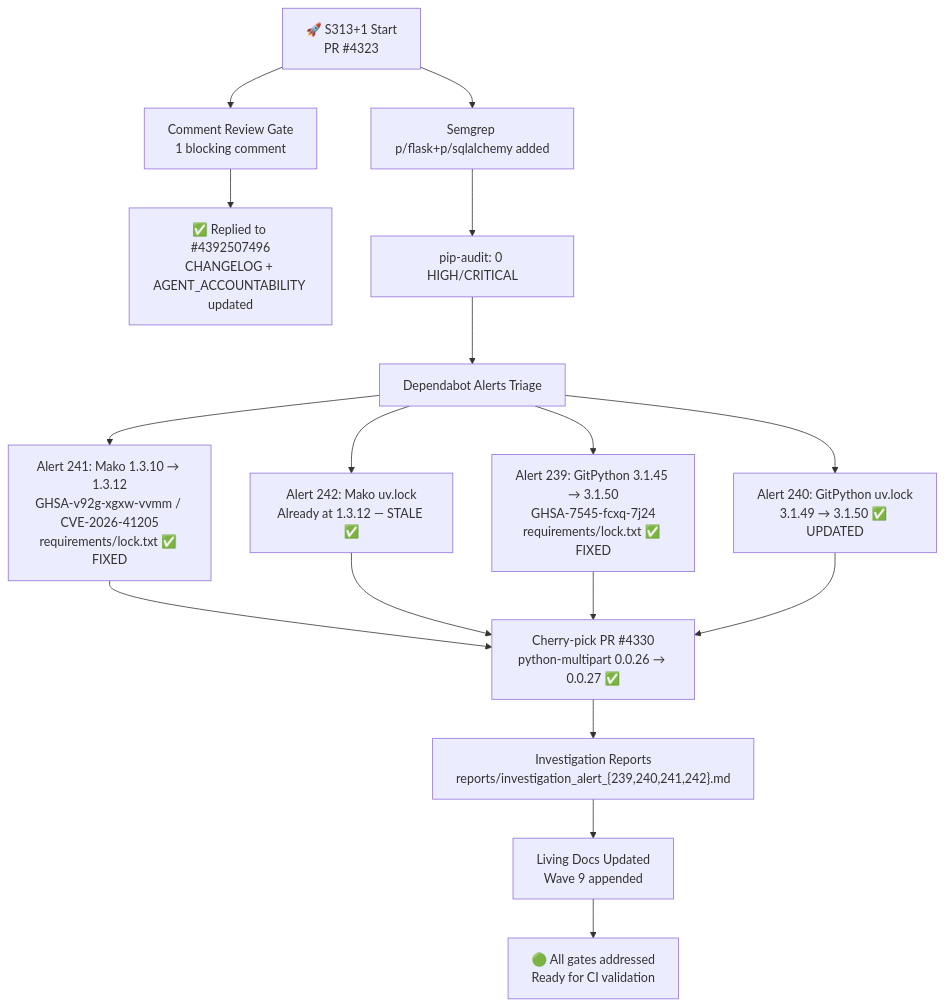
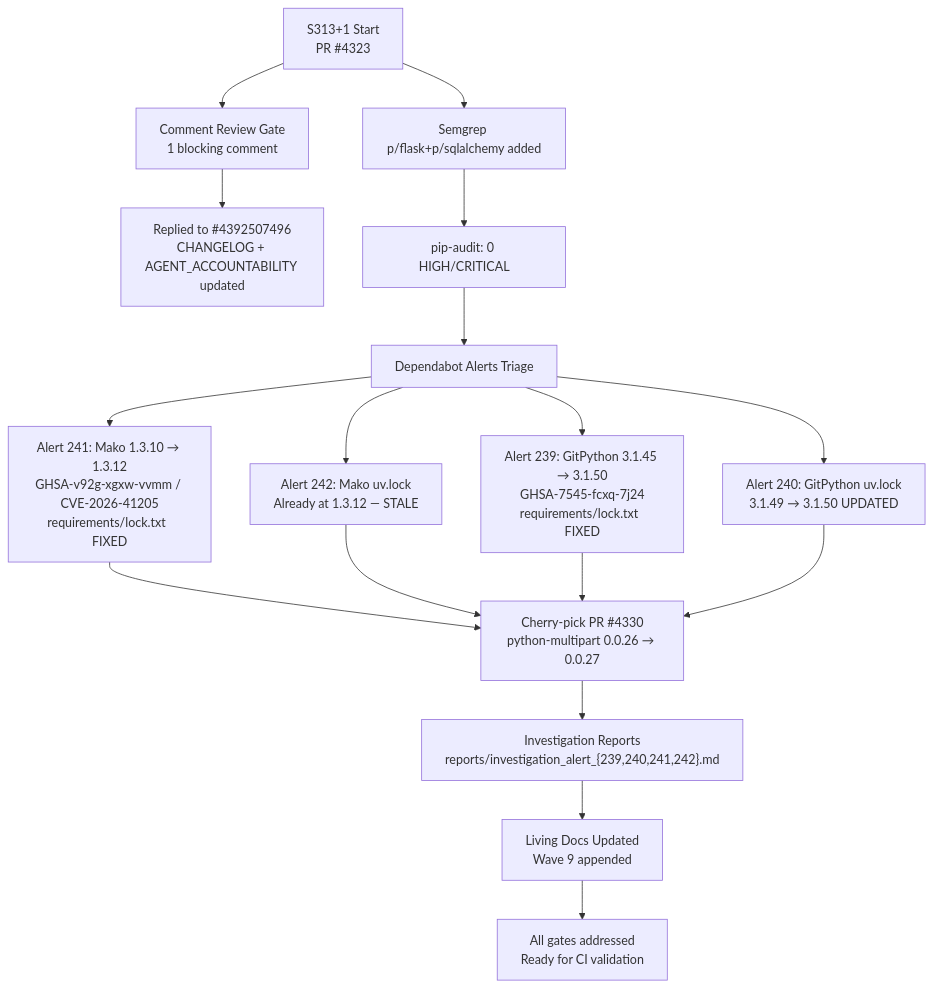
One commit to Aries-Serpent/_codex_ changed diagram 24 of 26 in docs/sessions/PR4317_session_diagram.md. Above: the diagram before and after it, drawn with Mermaid. The commit also changed other lines of this file and 2029 other files, not shown here.

````diff
--- a/docs/sessions/PR4317_session_diagram.md
+++ b/docs/sessions/PR4317_session_diagram.md
@@ -840,17 +842,17 @@
 ```mermaid
-%%{init: {'accessibility': {'title': 'Flowchart showing "🚀 S313+1 Start\nPR #4323", "Semgrep p/flask+p/sqlalchemy added"'}}%%
+%%{init: {'accessibility': {'title': 'Flowchart showing " S313+1 Start\nPR #4323", "Semgrep p/flask+p/sqlalchemy added"'}}%%
 flowchart TD
-    A["🚀 S313+1 Start\nPR #4323"] --> B["Semgrep p/flask+p/sqlalchemy added"]
+    A[" S313+1 Start\nPR #4323"] --> B["Semgrep p/flask+p/sqlalchemy added"]
     A --> C["Comment Review Gate\n1 blocking comment"]
-    C --> C1["✅ Replied to #4392507496\nCHANGELOG + AGENT_ACCOUNTABILITY updated"]
+    C --> C1[" Replied to #4392507496\nCHANGELOG + AGENT_ACCOUNTABILITY updated"]
     B --> D["pip-audit: 0 HIGH/CRITICAL"]
     D --> E["Dependabot Alerts Triage"]
-    E --> E1["Alert 241: Mako 1.3.10 → 1.3.12\nGHSA-v92g-xgxw-vvmm / CVE-2026-41205\nrequirements/lock.txt ✅ FIXED"]
-    E --> E2["Alert 242: Mako uv.lock\nAlready at 1.3.12 — STALE ✅"]
-    E --> E3["Alert 239: GitPython 3.1.45 → 3.1.50\nGHSA-7545-fcxq-7j24\nrequirements/lock.txt ✅ FIXED"]
-    E --> E4["Alert 240: GitPython uv.lock\n3.1.49 → 3.1.50 ✅ UPDATED"]
-    E1 & E2 & E3 & E4 --> F["Cherry-pick PR #4330\npython-multipart 0.0.26 → 0.0.27 ✅"]
+    E --> E1["Alert 241: Mako 1.3.10 → 1.3.12\nGHSA-v92g-xgxw-vvmm / CVE-2026-41205\nrequirements/lock.txt  FIXED"]
+    E --> E2["Alert 242: Mako uv.lock\nAlready at 1.3.12 — STALE "]
+    E --> E3["Alert 239: GitPython 3.1.45 → 3.1.50\nGHSA-7545-fcxq-7j24\nrequirements/lock.txt  FIXED"]
+    E --> E4["Alert 240: GitPython uv.lock\n3.1.49 → 3.1.50  UPDATED"]
+    E1 & E2 & E3 & E4 --> F["Cherry-pick PR #4330\npython-multipart 0.0.26 → 0.0.27 "]
     F --> G["Investigation Reports\nreports/investigation_alert_{239,240,241,242}.md"]
     G --> H["Living Docs Updated\nWave 9 appended"]
-    H --> I["🟢 All gates addressed\nReady for CI validation"]
+    H --> I[" All gates addressed\nReady for CI validation"]
 ```
````
